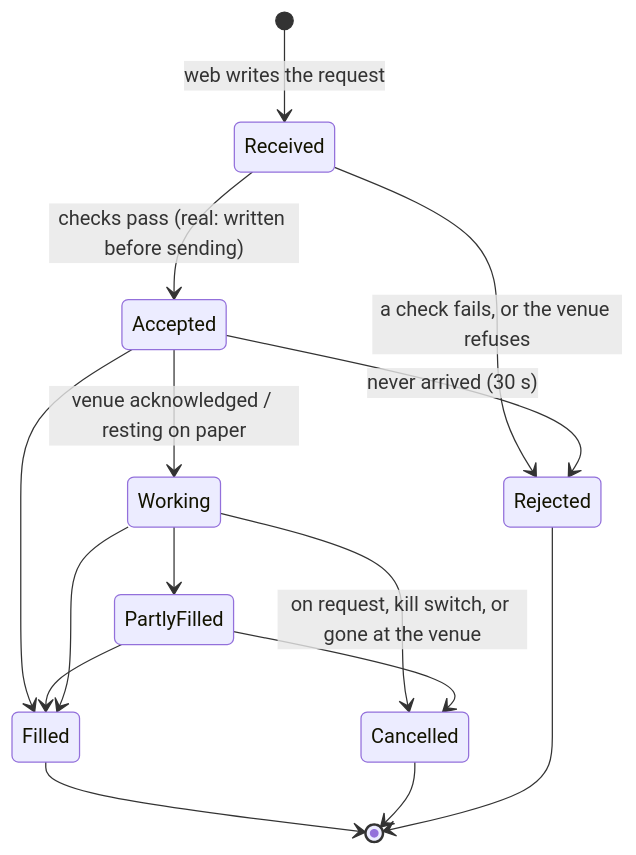
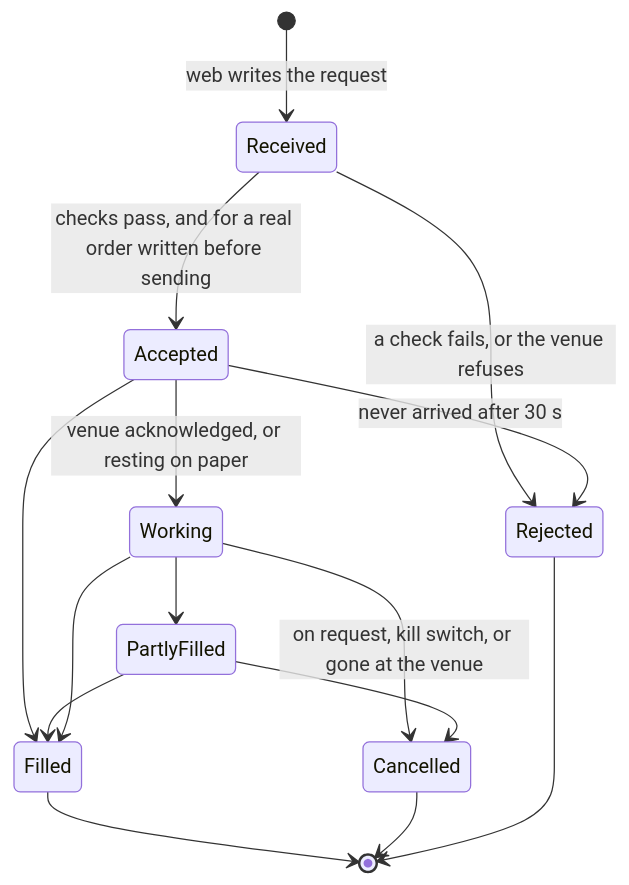
Before and after one commit to ofeknoam83/KatalepsisFT: the fourth of 4 diagrams in docs/system-architecture.md, drawn with Mermaid.

Commit message:
Fix the order-state diagram's labels so it draws
Claude-Session: https://claude.ai/code/session_01DnEgArzQZ4mftWniKy7PQK

````diff
--- a/docs/system-architecture.md
+++ b/docs/system-architecture.md
@@ -377,17 +377,17 @@
 ```mermaid
 stateDiagram-v2
     [*] --> Received: web writes the request
     Received --> Rejected: a check fails, or the venue refuses
-    Received --> Accepted: checks pass (real: written before sending)
-    Accepted --> Working: venue acknowledged / resting on paper
-    Accepted --> Rejected: never arrived (30 s)
+    Received --> Accepted: checks pass, and for a real order written before sending
+    Accepted --> Working: venue acknowledged, or resting on paper
+    Accepted --> Rejected: never arrived after 30 s
     Accepted --> Filled
     Working --> PartlyFilled
     PartlyFilled --> Filled
     Working --> Filled
     Working --> Cancelled: on request, kill switch, or gone at the venue
     PartlyFilled --> Cancelled
     Filled --> [*]
     Cancelled --> [*]
     Rejected --> [*]
 ```
````
